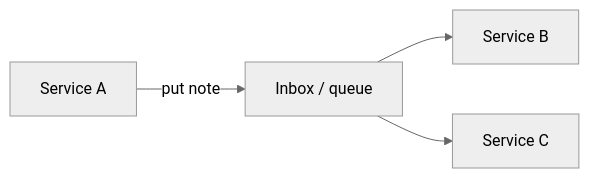
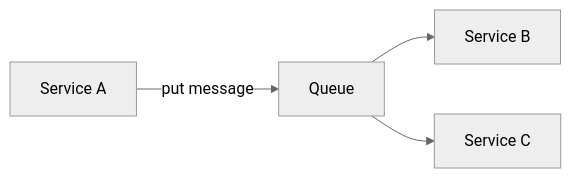
Before and after one commit to vijaykumarjob0701/theintelliwise: the third of 3 diagrams in _posts/2026-09-24-system-design-patterns-lunch-tray.md, drawn with Mermaid (neutral theme). The commit also changed other lines of this file and 6 other files, not shown here.

````diff
--- a/_posts/2026-09-24-system-design-patterns-lunch-tray.md
+++ b/_posts/2026-09-24-system-design-patterns-lunch-tray.md
@@ -85,6 +83,6 @@
 ```mermaid
 flowchart LR
-  A[Service A] -->|put note| Q[Inbox / queue]
+  A[Service A] -->|put message| Q[Queue]
   Q --> B[Service B]
   Q --> C[Service C]
 ```
````
